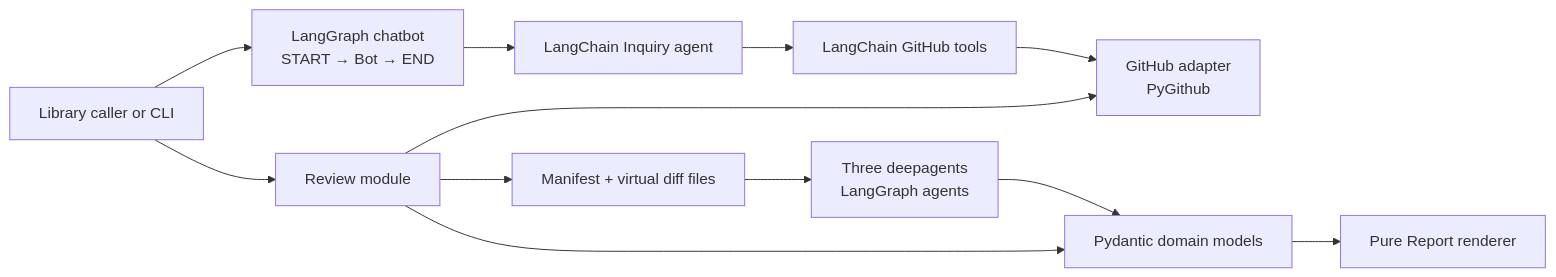
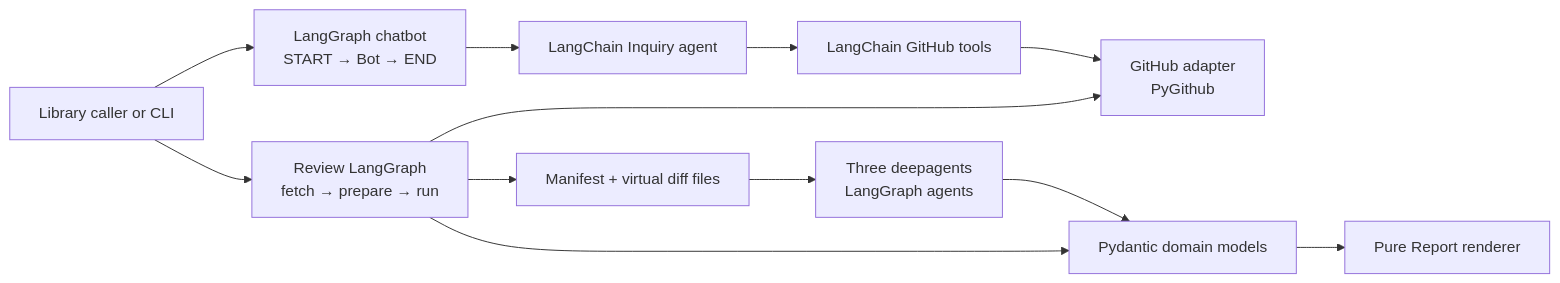
The first of 2 diagrams in ARCHITECTURE.md (taipingeric/review_sheep), drawn with Mermaid before and after one commit. The commit also changed other lines of this file and 9 other files, not shown here.

Commit message:
refactor: orchestrate review workflow with LangGraph

````diff
--- a/ARCHITECTURE.md
+++ b/ARCHITECTURE.md
@@ -24,26 +25,26 @@
 ```mermaid
 flowchart LR
     Caller[Library caller or CLI]
     Chat[LangGraph chatbot<br/>START → Bot → END]
     Inquiry[LangChain Inquiry agent]
     Tools[LangChain GitHub tools]
     GitHub[GitHub adapter<br/>PyGithub]
-    Review[Review module]
+    Review[Review LangGraph<br/>fetch → prepare → run]
     Workspace[Manifest + virtual diff files]
     Lenses[Three deepagents<br/>LangGraph agents]
     Models[Pydantic domain models]
     Report[Pure Report renderer]
 
     Caller --> Chat
     Chat --> Inquiry
     Inquiry --> Tools
     Tools --> GitHub
 
     Caller --> Review
     Review --> GitHub
     Review --> Workspace
     Workspace --> Lenses
     Lenses --> Models
     Review --> Models
     Models --> Report
 ```
````
